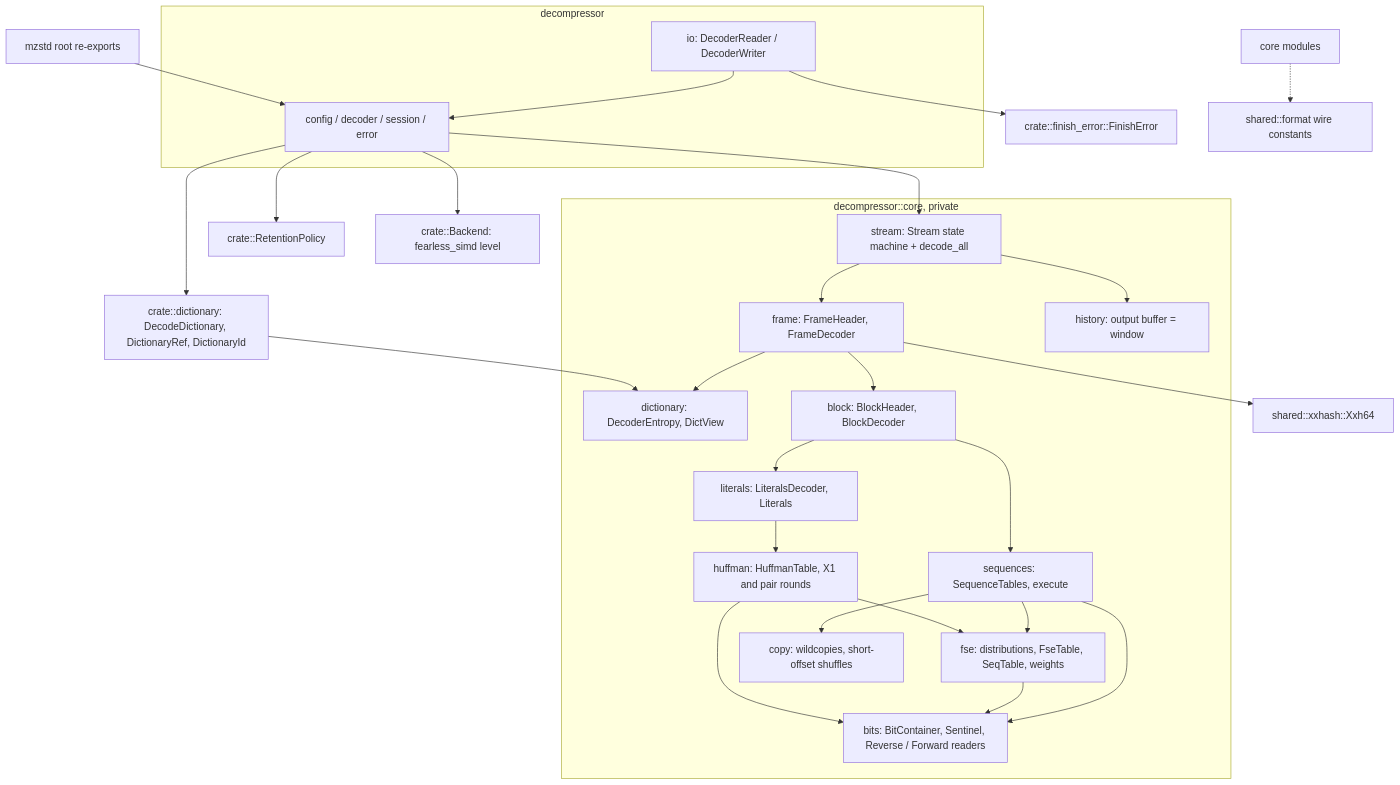
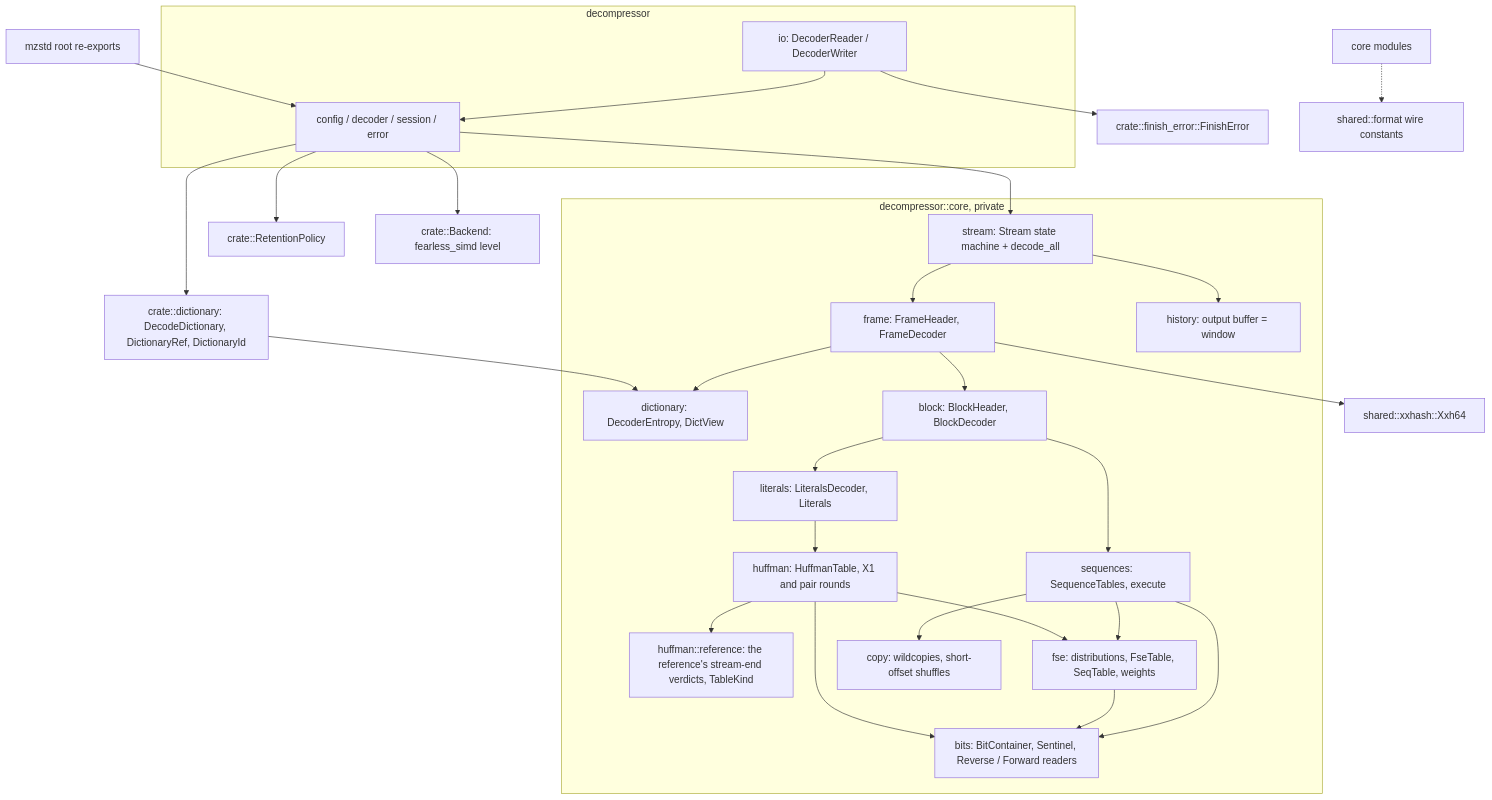
One commit to M-Compressors/mzstd changed the first of 10 diagrams in architecture/decompressor.md. Above: the diagram before and after it, drawn with Mermaid. The commit also changed other lines of this file and 29 other files, not shown here.

Commit message:
Accept HuffmanStream type

````diff
--- a/architecture/decompressor.md
+++ b/architecture/decompressor.md
@@ -22,32 +22,33 @@
 ```mermaid
 graph TD
     Lib[mzstd root re-exports] --> API
     subgraph public[decompressor]
         API[config / decoder / session / error]
         IO[io: DecoderReader / DecoderWriter]
     end
     IO --> API
     IO --> Finish[crate::finish_error::FinishError]
     API --> Retention[crate::RetentionPolicy]
     API --> Stream
     API --> Dict["crate::dictionary: DecodeDictionary, DictionaryRef, DictionaryId"]
     Dict --> DCore
     subgraph core[decompressor::core, private]
         Stream[stream: Stream state machine + decode_all] --> Frame[frame: FrameHeader, FrameDecoder]
         Stream --> History[history: output buffer = window]
         Frame --> DCore[dictionary: DecoderEntropy, DictView]
         Frame --> Block[block: BlockHeader, BlockDecoder]
         Block --> Literals[literals: LiteralsDecoder, Literals]
         Block --> Sequences[sequences: SequenceTables, execute]
         Literals --> Huffman[huffman: HuffmanTable, X1 and pair rounds]
+        Huffman --> HufRef["huffman::reference: the reference's stream-end verdicts, TableKind"]
         Huffman --> Fse[fse: distributions, FseTable, SeqTable, weights]
         Sequences --> Fse
         Sequences --> Copy[copy: wildcopies, short-offset shuffles]
         Huffman --> Bits[bits: BitContainer, Sentinel, Reverse / Forward readers]
         Fse --> Bits
         Sequences --> Bits
     end
     API --> Backend[crate::Backend: fearless_simd level]
     Frame --> Xxh[shared::xxhash::Xxh64]
     Core2[core modules] -.-> Format[shared::format wire constants]
 ```
````
